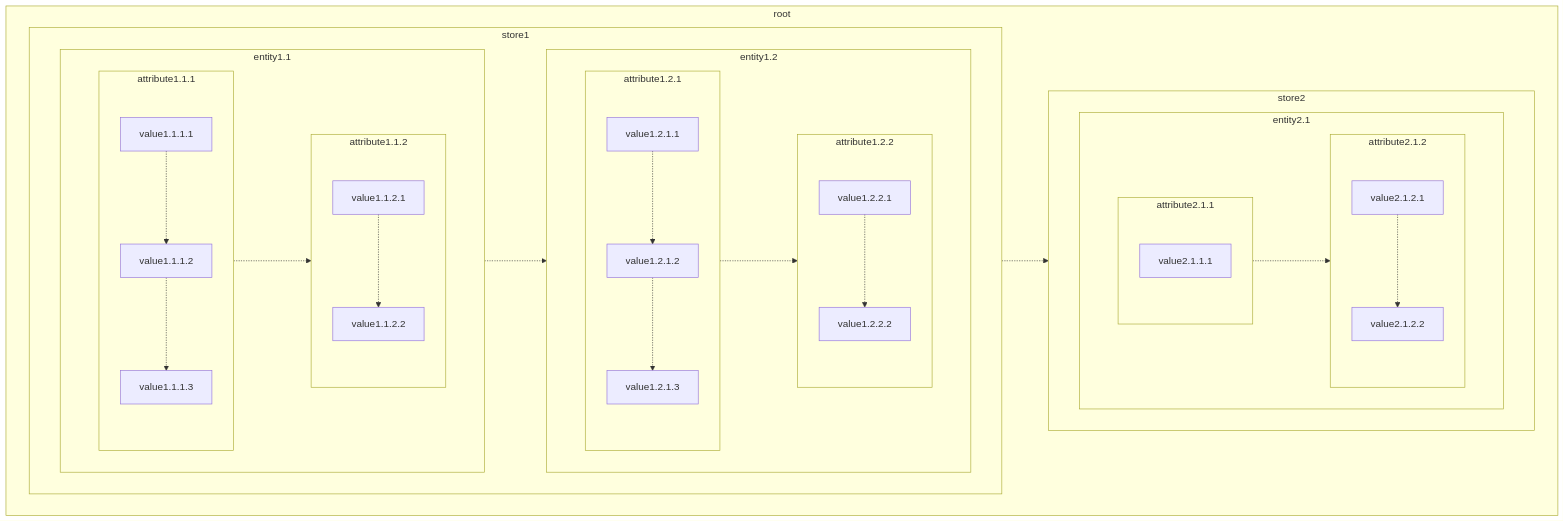
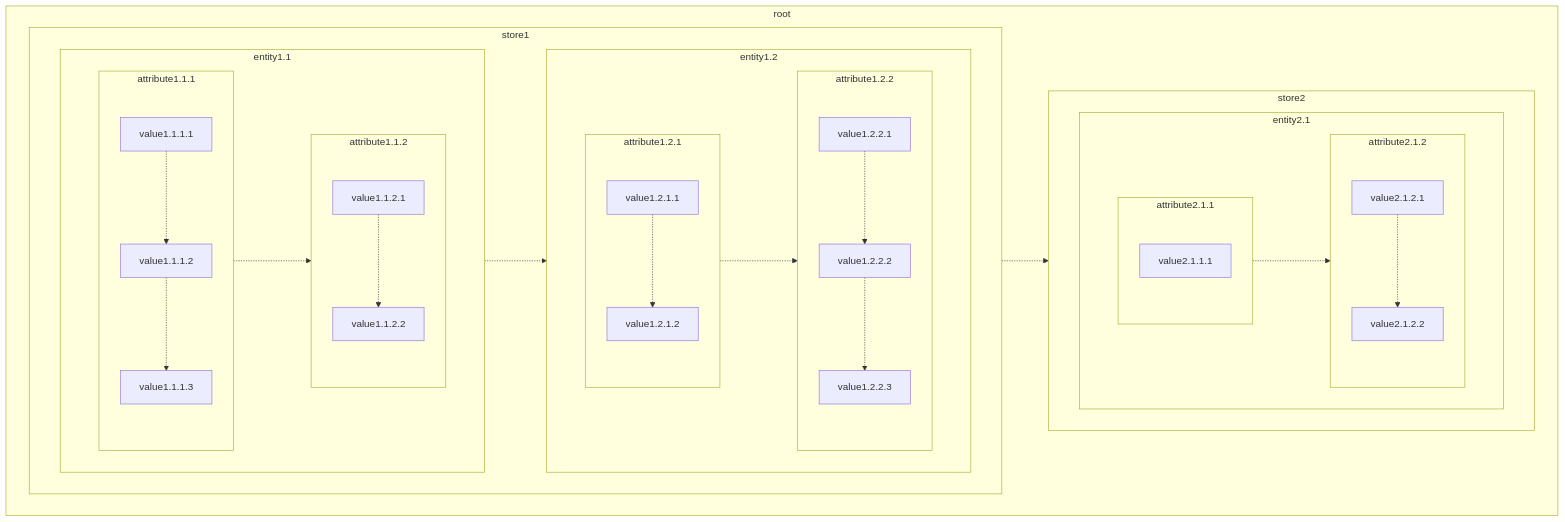
Before and after one commit to RhizomeDB/cryptable: the third of 4 diagrams in README.md, drawn with Mermaid.

Commit message:
Better layout

````diff
--- a/README.md
+++ b/README.md
@@ -193,69 +193,69 @@
 ``` mermaid
 flowchart
     subgraph root
         subgraph store1
             direction LR
 
             subgraph entity1.1
                 direction LR
 
                 subgraph attribute1.1.1
                     value1.1.1.1
                     value1.1.1.2
                     value1.1.1.3
                 end
 
                 subgraph attribute1.1.2
                     value1.1.2.1
                     value1.1.2.2
                 end
             end
 
             subgraph entity1.2
                 direction LR
 
                 subgraph attribute1.2.1
                     value1.2.1.1
                     value1.2.1.2
-                    value1.2.1.3
                 end
 
                 subgraph attribute1.2.2
                     value1.2.2.1
                     value1.2.2.2
+                    value1.2.2.3
                 end
             end
         end
 
         subgraph store2
             direction LR
 
             subgraph entity2.1
                 direction LR
 
                 subgraph attribute2.1.1
                     value2.1.1.1
                 end
 
                 subgraph attribute2.1.2
                     value2.1.2.1
                     value2.1.2.2
                 end
             end
         end
     end
 
     store1 -.-> store2
     entity1.1 -.->entity1.2
     attribute1.1.1 -.-> attribute1.1.2
 
     value1.1.1.1 -.-> value1.1.1.2 -.-> value1.1.1.3
     value1.1.2.1 -.-> value1.1.2.2
 
     attribute1.2.1 -.-> attribute1.2.2
-    value1.2.1.1 -.-> value1.2.1.2 -.-> value1.2.1.3
-    value1.2.2.1 -.-> value1.2.2.2
+    value1.2.1.1 -.-> value1.2.1.2
+    value1.2.2.1 -.-> value1.2.2.2 -.-> value1.2.2.3
 
     attribute2.1.1 -.-> attribute2.1.2
     value2.1.2.1 -.-> value2.1.2.2
 ```
````
